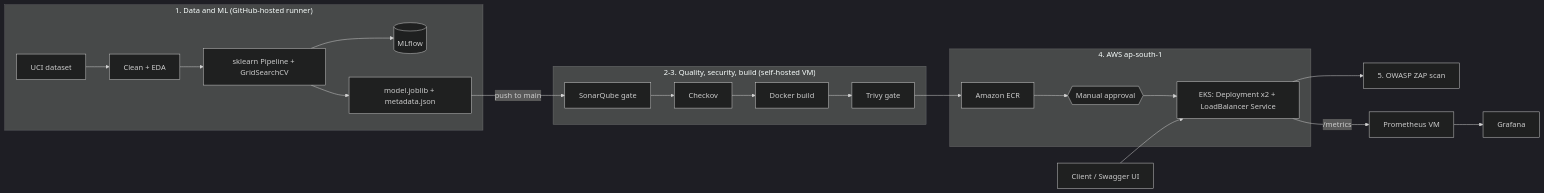
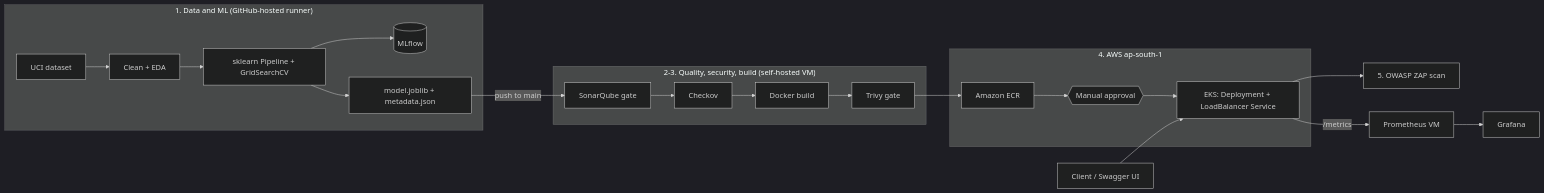
One commit to Rengaprakash4440/AIMLCZG523_Assignment_01 changed the diagram in README.md. Above: the diagram before and after it, drawn with Mermaid (dark theme). The commit also changed other lines of this file and 3 other files, not shown here.

````diff
--- a/README.md
+++ b/README.md
@@ -55,23 +58,23 @@
 ```mermaid
 flowchart LR
   subgraph ML["1. Data and ML (GitHub-hosted runner)"]
     A[UCI dataset] --> B[Clean + EDA]
     B --> C[sklearn Pipeline + GridSearchCV]
     C --> D[(MLflow)]
     C --> E[model.joblib + metadata.json]
   end
   subgraph SEC["2-3. Quality, security, build (self-hosted VM)"]
     F[SonarQube gate] --> G[Checkov]
     G --> H[Docker build]
     H --> I[Trivy gate]
   end
   subgraph AWS["4. AWS ap-south-1"]
     J[Amazon ECR] --> K{{Manual approval}}
-    K --> L[EKS: Deployment x2 + LoadBalancer Service]
+    K --> L[EKS: Deployment + LoadBalancer Service]
   end
   E -- push to main --> F
   I --> J
   L --> M[5. OWASP ZAP scan]
   N[Client / Swagger UI] --> L
   L -- /metrics --> O[Prometheus VM] --> P[Grafana]
 ```
````
